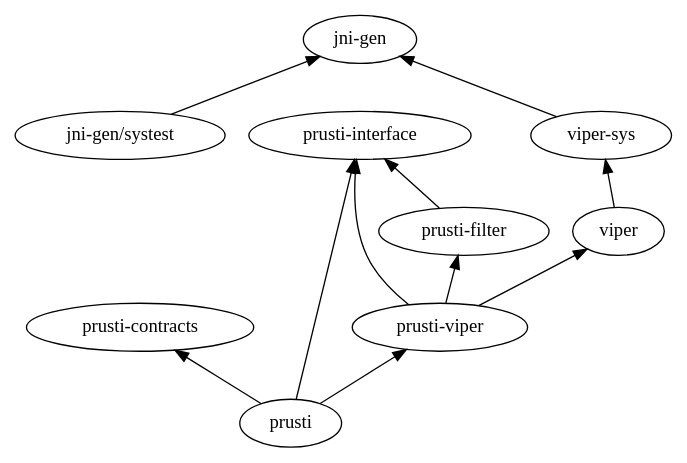
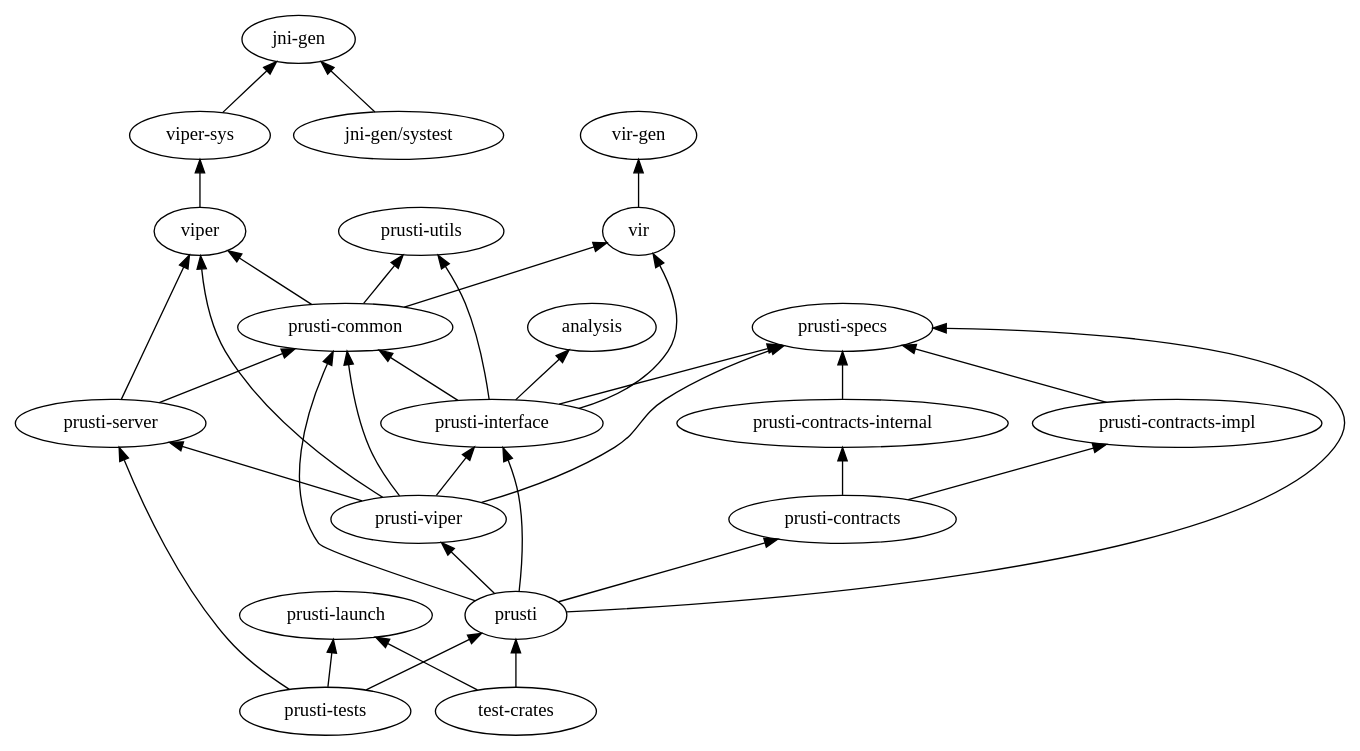
One commit to viperproject/prusti-dev changed the diagram in design/src/prusti_dependencies.gv. Above: the diagram before and after it, drawn with Graphviz. The commit also changed 1 other file, not shown here.

Commit message:
Update Prusti dependency diagram.

```diff
--- a/design/src/prusti_dependencies.gv
+++ b/design/src/prusti_dependencies.gv
@@ -1,22 +1,56 @@
 digraph {
 	graph [rankdir=BT]
+	analysis [label=analysis]
+	prusti [label=prusti]
+	"prusti-interface" [label="prusti-interface"]
+	prusti -> "prusti-interface"
+	"prusti-contracts" [label="prusti-contracts"]
+	prusti -> "prusti-contracts"
+	"prusti-common" [label="prusti-common"]
+	prusti -> "prusti-common"
+	"prusti-viper" [label="prusti-viper"]
+	prusti -> "prusti-viper"
+	"prusti-specs" [label="prusti-specs"]
+	prusti -> "prusti-specs"
+	"prusti-contracts-internal" [label="prusti-contracts-internal"]
+	"prusti-contracts" -> "prusti-contracts-internal"
+	"prusti-contracts-impl" [label="prusti-contracts-impl"]
+	"prusti-contracts" -> "prusti-contracts-impl"
+	"prusti-contracts-impl" -> "prusti-specs"
+	"prusti-contracts-internal" -> "prusti-specs"
+	"prusti-tests" [label="prusti-tests"]
+	"prusti-launch" [label="prusti-launch"]
+	"prusti-tests" -> "prusti-launch"
+	"prusti-server" [label="prusti-server"]
+	"prusti-tests" -> "prusti-server"
+	"prusti-tests" -> prusti
+	"prusti-utils" [label="prusti-utils"]
+	"prusti-common" -> "prusti-utils"
+	vir [label=vir]
+	"prusti-common" -> vir
 	viper [label=viper]
+	"prusti-common" -> viper
+	"prusti-interface" -> vir
+	"prusti-interface" -> analysis
+	"prusti-interface" -> "prusti-common"
+	"prusti-interface" -> "prusti-utils"
+	"prusti-interface" -> "prusti-specs"
+	"prusti-viper" -> viper
+	"prusti-viper" -> "prusti-interface"
+	"prusti-viper" -> "prusti-server"
+	"prusti-viper" -> "prusti-common"
+	"prusti-viper" -> "prusti-specs"
+	"prusti-server" -> "prusti-common"
+	"prusti-server" -> viper
+	"test-crates" [label="test-crates"]
+	"test-crates" -> "prusti-launch"
+	"test-crates" -> prusti
 	"viper-sys" [label="viper-sys"]
 	viper -> "viper-sys"
 	"jni-gen" [label="jni-gen"]
 	"viper-sys" -> "jni-gen"
-	"prusti-contracts" [label="prusti-contracts"]
-	prusti [label=prusti]
-	"prusti-interface" [label="prusti-interface"]
-	prusti -> "prusti-interface"
-	prusti -> "prusti-contracts"
-	"prusti-viper" [label="prusti-viper"]
-	prusti -> "prusti-viper"
-	"prusti-viper" -> "prusti-interface"
-	"prusti-viper" -> viper
-	"prusti-filter" [label="prusti-filter"]
-	"prusti-viper" -> "prusti-filter"
+	"vir-gen" [label="vir-gen"]
+	vir -> "vir-gen"
 	"jni-gen/systest" [label="jni-gen/systest"]
 	"jni-gen/systest" -> "jni-gen"
-	"prusti-filter" -> "prusti-interface"
 }
```
